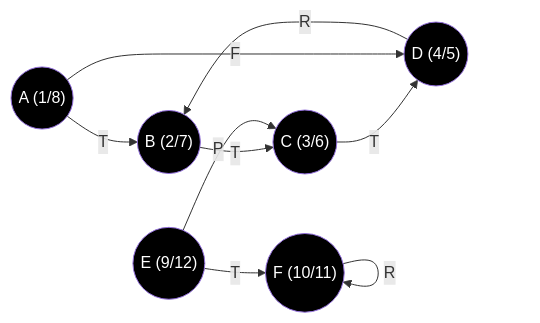
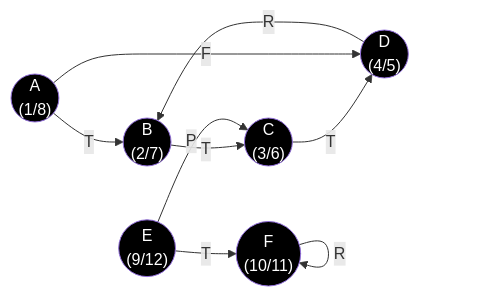
One commit to UFMG-Organizacao-de-Disciplinas/DCC865-Projeto_e_Analise_de_Algoritmos changed diagram 20 of 27 in 2024.2/Materiais enviados/Listas/Resoluções/Lista 3.md. Above: the diagram before and after it, drawn with Mermaid. The commit also changed other lines of this file and 1 other file, not shown here.

````diff
--- a/2024.2/Materiais enviados/Listas/Resoluções/Lista 3.md
+++ b/2024.2/Materiais enviados/Listas/Resoluções/Lista 3.md
@@ -894,28 +897,28 @@
 ```mermaid
 graph LR
     %% Coloração: fundo branco, texto preto
     style A fill:#000,color:#fff
     style B fill:#000,color:#fff
     style C fill:#000,color:#fff
     style D fill:#000,color:#fff
     style E fill:#000,color:#fff
     style F fill:#000,color:#fff
     
     %% Vértices
-    A(("A (1/8)"))
-    B(("B (2/7)"))
-    C(("C (3/6)"))
-    D(("D (4/5)"))
-    E(("E (9/12)"))
-    F(("F (10/11)"))
+    A(("A <br> (1/8)"))
+    B(("B <br> (2/7)"))
+    C(("C <br> (3/6)"))
+    D(("D <br> (4/5)"))
+    E(("E <br> (9/12)"))
+    F(("F <br> (10/11)"))
 
     %% Arestas
     A -->|T| B
     B -->|T| C
     C -->|T| D
     A -->|F| D
     D -->|R| B
     E -->|P| C
     E -->|T| F
     F -->|R| F
 ```
````
